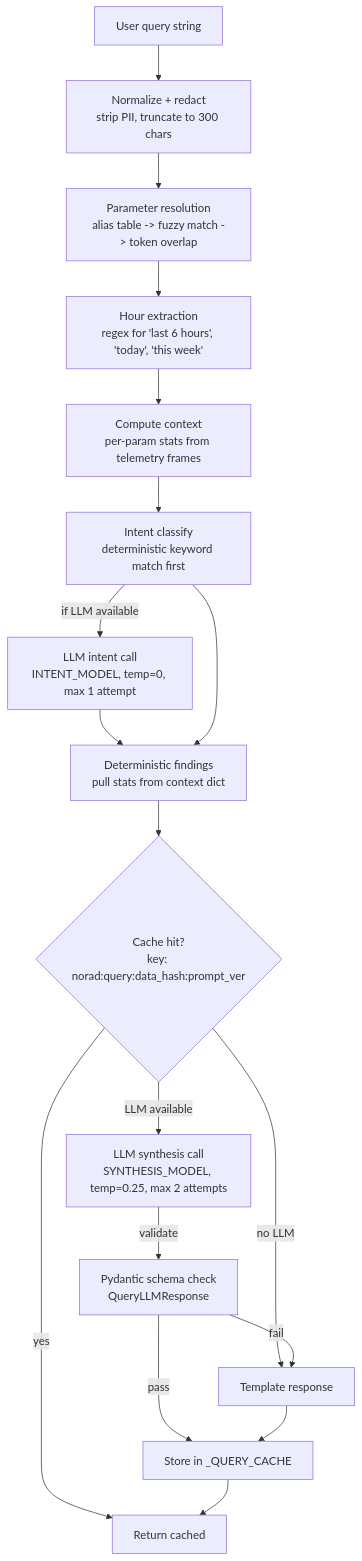
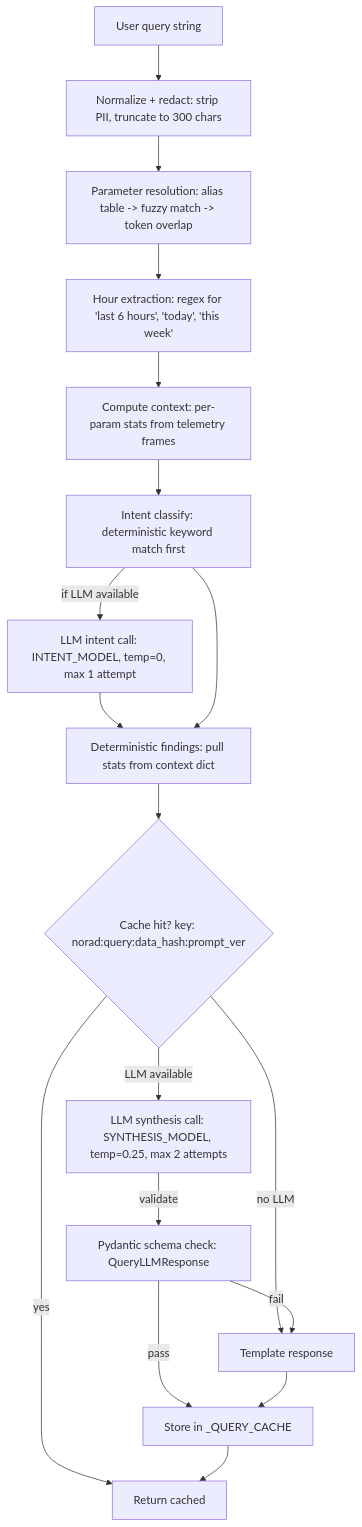
The seventh of 9 diagrams in README.md (yoohooshantanu/Downlink), drawn with Mermaid before and after one commit. The commit also changed other lines of this file, not shown here.

Commit message:
docs: use purely standard mermaid syntax to fix VS Code / Markdown preview compatibility

````diff
--- a/README.md
+++ b/README.md
@@ -360,20 +363,20 @@
 ```mermaid
 flowchart TD
-    Q["User query string"] --> N["Normalize + redact<br/>strip PII, truncate to 300 chars"]
-    N --> PR["Parameter resolution<br/>alias table -> fuzzy match -> token overlap"]
-    PR --> HE["Hour extraction<br/>regex for 'last 6 hours', 'today', 'this week'"]
-    HE --> CC["Compute context<br/>per-param stats from telemetry frames"]
-    CC --> IC["Intent classify<br/>deterministic keyword match first"]
-    IC -->|if LLM available| IL["LLM intent call<br/>INTENT_MODEL, temp=0, max 1 attempt"]
-    IL --> DF["Deterministic findings<br/>pull stats from context dict"]
+    Q["User query string"] --> N["Normalize + redact: strip PII, truncate to 300 chars"]
+    N --> PR["Parameter resolution: alias table -> fuzzy match -> token overlap"]
+    PR --> HE["Hour extraction: regex for 'last 6 hours', 'today', 'this week'"]
+    HE --> CC["Compute context: per-param stats from telemetry frames"]
+    CC --> IC["Intent classify: deterministic keyword match first"]
+    IC -->|if LLM available| IL["LLM intent call: INTENT_MODEL, temp=0, max 1 attempt"]
+    IL --> DF["Deterministic findings: pull stats from context dict"]
     IC --> DF
-    DF --> CK{"Cache hit?<br/>key: norad:query:data_hash:prompt_ver"}
+    DF --> CK{"Cache hit? key: norad:query:data_hash:prompt_ver"}
     CK -->|yes| RET["Return cached"]
     CK -->|no LLM| TF["Template response"]
-    CK -->|LLM available| LS["LLM synthesis call<br/>SYNTHESIS_MODEL, temp=0.25, max 2 attempts"]
-    LS -->|validate| PV["Pydantic schema check<br/>QueryLLMResponse"]
+    CK -->|LLM available| LS["LLM synthesis call: SYNTHESIS_MODEL, temp=0.25, max 2 attempts"]
+    LS -->|validate| PV["Pydantic schema check: QueryLLMResponse"]
     PV -->|pass| CACHE["Store in _QUERY_CACHE"]
     PV -->|fail| TF
     TF --> CACHE
     CACHE --> RET
 ```
````
